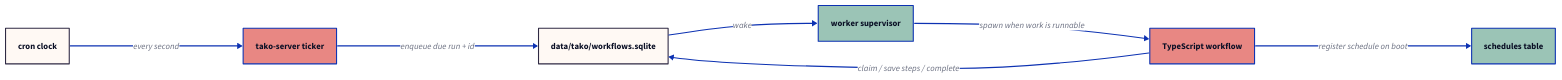
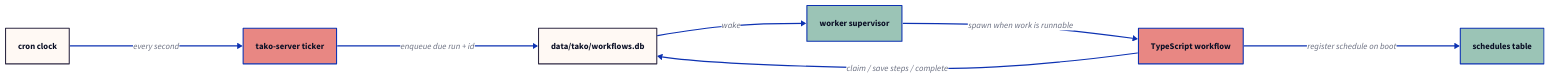
Before and after one commit to tako-sh/tako: the diagram in website/src/content/blog/self-hosted-cron-jobs-in-typescript-without-redis.md, drawn with D2. The commit also changed 63 other files, not shown here.

````diff
--- a/website/src/content/blog/self-hosted-cron-jobs-in-typescript-without-redis.md
+++ b/website/src/content/blog/self-hosted-cron-jobs-in-typescript-without-redis.md
@@ -30,17 +30,17 @@
 ```d2
 direction: right
 
 clock: "cron clock" {style.fill: "#FFF9F4"; style.stroke: "#2F2A44"; style.font-size: 16}
 schedules: "schedules table" {style.fill: "#9BC4B6"; style.font-size: 16}
 ticker: "tako-server ticker" {style.fill: "#E88783"; style.font-size: 16}
-runs: "data/tako/workflows.sqlite" {style.fill: "#FFF9F4"; style.stroke: "#2F2A44"; style.font-size: 16}
+runs: "data/tako/workflows.db" {style.fill: "#FFF9F4"; style.stroke: "#2F2A44"; style.font-size: 16}
 supervisor: "worker supervisor" {style.fill: "#9BC4B6"; style.font-size: 16}
 worker: "TypeScript workflow" {style.fill: "#E88783"; style.font-size: 16}
 
 clock -> ticker: "every second"
 worker -> schedules: "register schedule on boot"
 ticker -> runs: "enqueue due run + id"
 runs -> supervisor: "wake"
 supervisor -> worker: "spawn when work is runnable"
 worker -> runs: "claim / save steps / complete"
 ```
````
